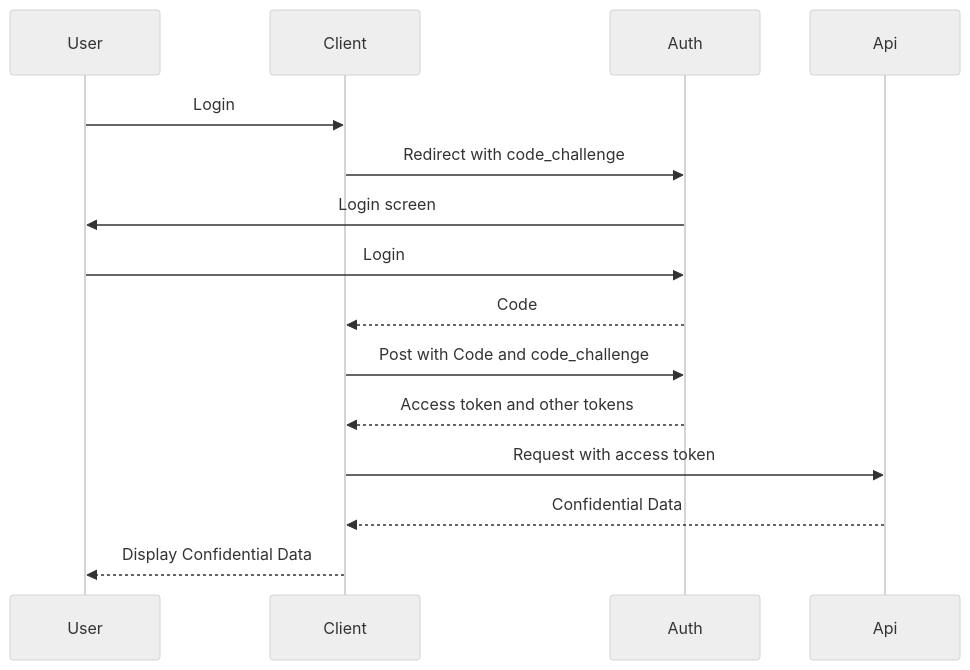
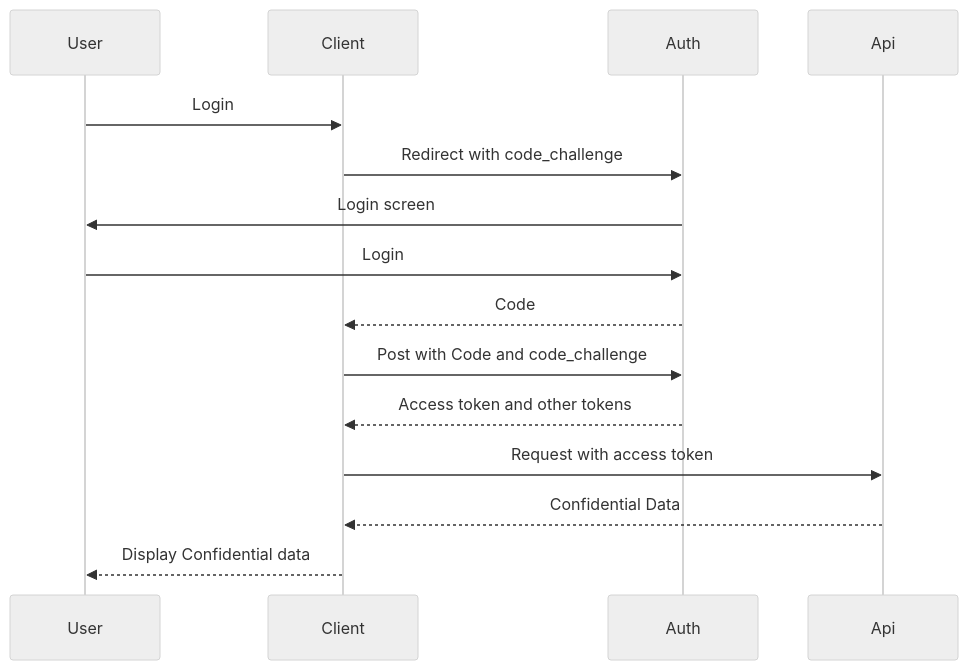
One commit to normannicolson/normannicolsontest.github.io changed the diagram in httpie-azure-b2c-pkce-access-token.md. Above: the diagram before and after it, drawn with Mermaid (neutral theme). The commit also changed other lines of this file and 5 other files, not shown here.

Commit message:
Graph api create applications.

````diff
--- a/httpie-azure-b2c-pkce-access-token.md
+++ b/httpie-azure-b2c-pkce-access-token.md
@@ -9,18 +9,18 @@
 ```mermaid
 sequenceDiagram
     participant U as User
     participant A as Client
     participant B as Auth
     participant C as Api
 
     U ->> A: Login 
     A ->> B: Redirect with code_challenge
     B ->> U: Login screen
     U ->> B: Login
     B -->> A: Code
     A ->> B: Post with Code and code_challenge
     B -->> A: Access token and other tokens 
     A ->> C: Request with access token 
     C -->> A: Confidential Data
-    A -->> U: Display Confidential Data
+    A -->> U: Display Confidential data
 ```
````
